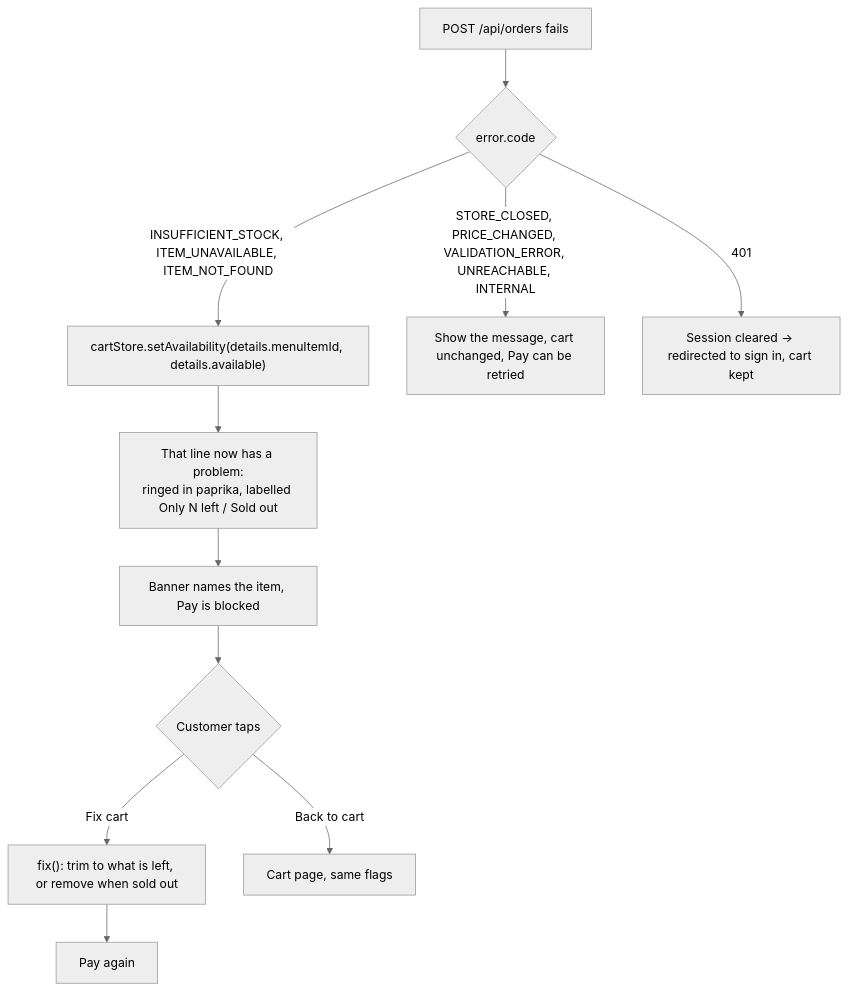
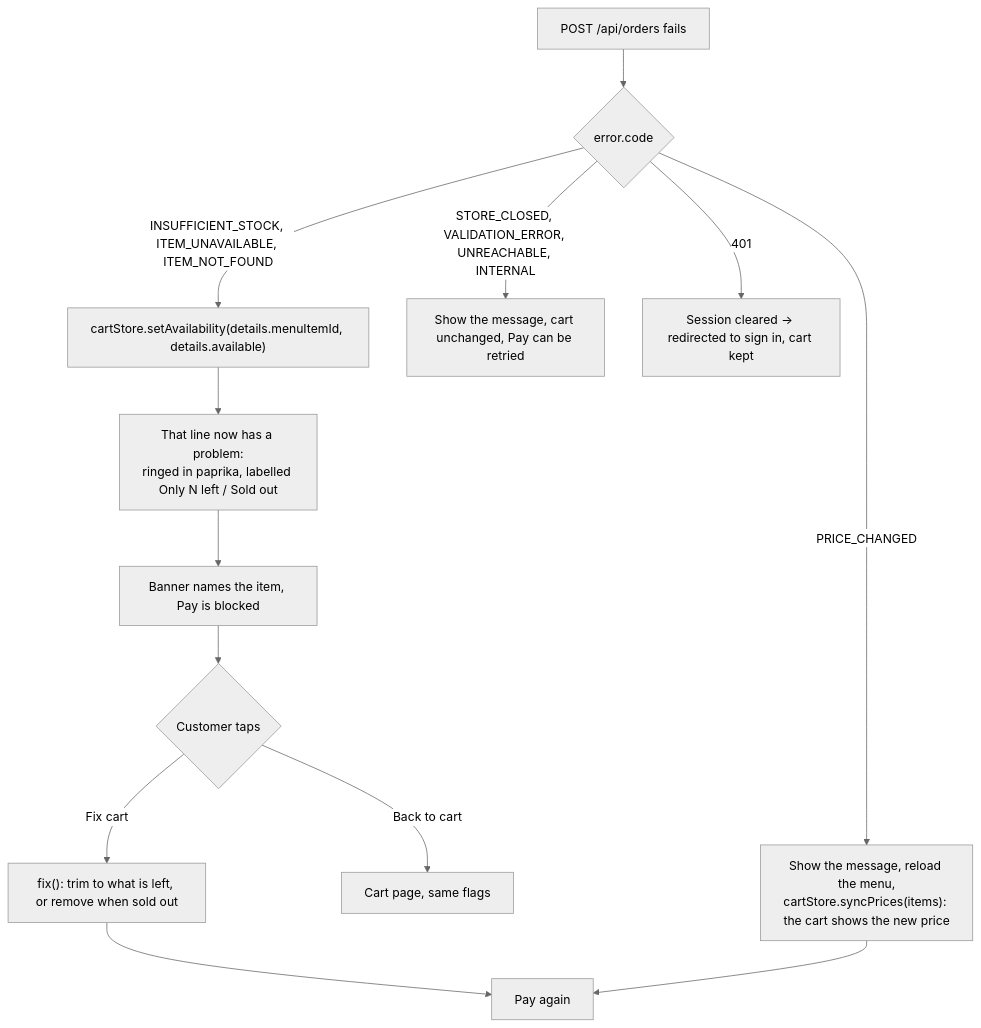
Diagram 14 of 28 in docs/ARCHITECTURE.md (The-KhaNha/KhaNha), drawn with Mermaid (neutral theme) before and after one commit. The commit also changed 7 other files, not shown here.

First line of the commit message:
Checkout: after a PRICE_CHANGED, reload the menu and show the new price before the next Pay

````diff
--- a/docs/ARCHITECTURE.md
+++ b/docs/ARCHITECTURE.md
@@ -588,13 +588,15 @@
 ```mermaid
 flowchart TD
   Err["POST /api/orders fails"] --> Kind{"error.code"}
   Kind -->|"INSUFFICIENT_STOCK, ITEM_UNAVAILABLE, ITEM_NOT_FOUND"| Record["cartStore.setAvailability(details.menuItemId, details.available)"]
   Record --> Flag["That line now has a problem:<br/>ringed in paprika, labelled Only N left / Sold out"]
   Flag --> Banner["Banner names the item, Pay is blocked"]
   Banner --> Fix{"Customer taps"}
   Fix -->|"Fix cart"| Trim["fix(): trim to what is left, or remove when sold out"]
   Trim --> Retry["Pay again"]
   Fix -->|"Back to cart"| CartPage["Cart page, same flags"]
-  Kind -->|"STORE_CLOSED, PRICE_CHANGED, VALIDATION_ERROR, UNREACHABLE, INTERNAL"| Plain["Show the message, cart unchanged, Pay can be retried"]
+  Kind -->|"PRICE_CHANGED"| Reprice["Show the message, reload the menu,<br/>cartStore.syncPrices(items): the cart shows the new price"]
+  Reprice --> Retry
+  Kind -->|"STORE_CLOSED, VALIDATION_ERROR, UNREACHABLE, INTERNAL"| Plain["Show the message, cart unchanged, Pay can be retried"]
   Kind -->|"401"| Session["Session cleared → redirected to sign in, cart kept"]
 ```
````
